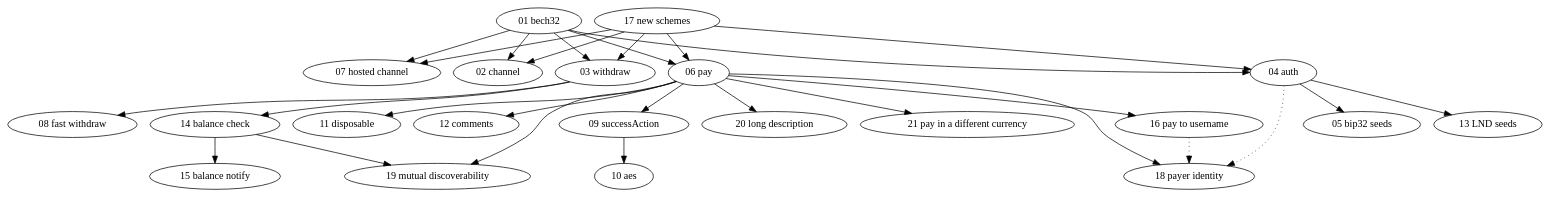
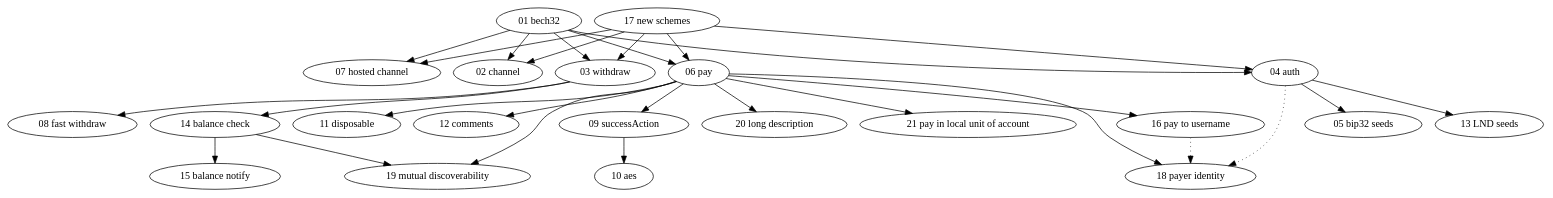
One commit to lnurl/luds changed the diagram in dependencies.dot. Above: the diagram before and after it, drawn with Graphviz. The commit also changed 2 other files, not shown here.

Commit message:
Update title "local unit of account". Add back rateEstimate concept, per request of Machankura

```diff
--- a/dependencies.dot
+++ b/dependencies.dot
@@ -1,37 +1,37 @@
 digraph {
   01[label="01 bech32"]
   02[label="02 channel"]
   03[label="03 withdraw"]
   04[label="04 auth"]
   05[label="05 bip32 seeds"]
   06[label="06 pay"]
   07[label="07 hosted channel"]
   08[label="08 fast withdraw"]
   09[label="09 successAction"]
   10[label="10 aes"]
   11[label="11 disposable"]
   12[label="12 comments"]
   13[label="13 LND seeds"]
   14[label="14 balance check"]
   15[label="15 balance notify"]
   16[label="16 pay to username"]
   17[label="17 new schemes"]
   18[label="18 payer identity"]
   19[label="19 mutual discoverability"]
   20[label="20 long description"]
-  21[label="21 pay in a different currency"]
+  21[label="21 pay in local unit of account"]
 
   { 01 17 } -> { 02 03 04 06 07 } // base protocols depend on URL format
   04 -> { 05 13 } // lnurl-auth seed generation methods
   03 -> 08 // fast withdraw
   03 -> 14 -> 15 // balanceCheck/balanceNotify
   06 -> 09 -> 10 // lnurl-pay successAction
   06 -> 11 // disposable lnurl-pay
   06 -> 12 // lnurl-pay comments
   06 -> 16 // paying to user@domain.com
   06 -> 18 // lnurl-pay payer ids
   06 -> 20 // long description
-  06 -> 21 // pay in a different currency
+  06 -> 21 // pay in local unit of account
   { 04 16 } -> 18 [style="dotted"] // loose relationship of payer id with lnurl-auth and lightning address
   { 06 14 } -> 19 // mutually discoverable pay and withdraw links
 }
```
